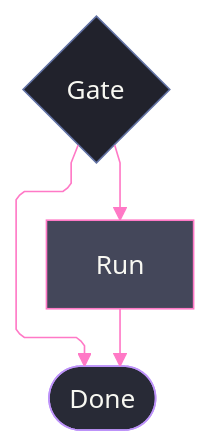
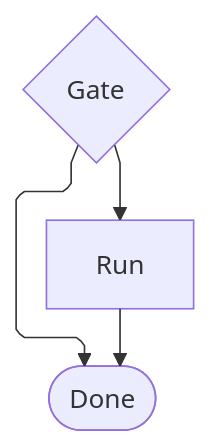
Before and after one commit to bsamiee/Rasm: the second of 2 diagrams in .claude/skills/mermaid-diagramming/references/config.md, drawn with Mermaid. The commit also changed other lines of this file and 28 other files, not shown here.

Commit message:
skills(docgen+mermaid): payload-only diagram law — docgen gate/fixer strips fence styling; mermaid bundle sheds the styling canon, theming survives as one opt-in reference

````diff
--- a/.claude/skills/mermaid-diagramming/references/config.md
+++ b/.claude/skills/mermaid-diagramming/references/config.md
@@ -77,35 +56,17 @@
 ```mermaid
 ---
 config:
-  theme: base
-  look: classic
   layout: elk
   elk:
     nodePlacementStrategy: BRANDES_KOEPF
     cycleBreakingStrategy: GREEDY
   flowchart:
     curve: linear
-  themeVariables:
-    darkMode: true
-    fontFamily: "SF Mono, Menlo, Cascadia Mono, Segoe UI Mono, Consolas, monospace"
-    useGradient: false
-    dropShadow: "none"
-    mainBkg: "#44475A"
-    nodeBorder: "#BD93F9"
-    lineColor: "#FF79C6"
-    textColor: "#F8F8F2"
-  themeCSS: ".nodeLabel{font-size:13px;font-weight:500}.edgeLabel{font-size:12px;font-weight:500}.edge-thickness-normal{stroke-width:2px}.edge-thickness-thick{stroke-width:3px}.edge-pattern-dashed,.edge-pattern-dotted{stroke-width:1.5px;stroke-dasharray:4 6}.node rect,.node circle,.node polygon,.node path,.node .outer-path{stroke-width:1.5px;filter:none!important}.marker path{transform:scale(.8);transform-origin:5px 5px}.marker circle{transform:scale(.48);transform-origin:5px 5px}.edgeLabel rect{transform-box:fill-box;transform-origin:center;transform:scale(1.1,1.2)}"
 ---
 flowchart TD
   accTitle: ELK layout demo
   accDescr: A gate fanning to a run stage and a shared terminal under an explicit ELK placement strategy.
   Gate{Gate} --> Run[Run]
   Run --> Done([Done])
   Gate --> Done
-  classDef primary fill:#44475A,stroke:#FF79C6,color:#F8F8F2
-  classDef boundary fill:#282A36,stroke:#BD93F9,color:#F8F8F2
-  classDef recessed fill:#21222C,stroke:#6272A4,color:#F8F8F2
-  class Gate recessed
-  class Run primary
-  class Done boundary
 ```
````
